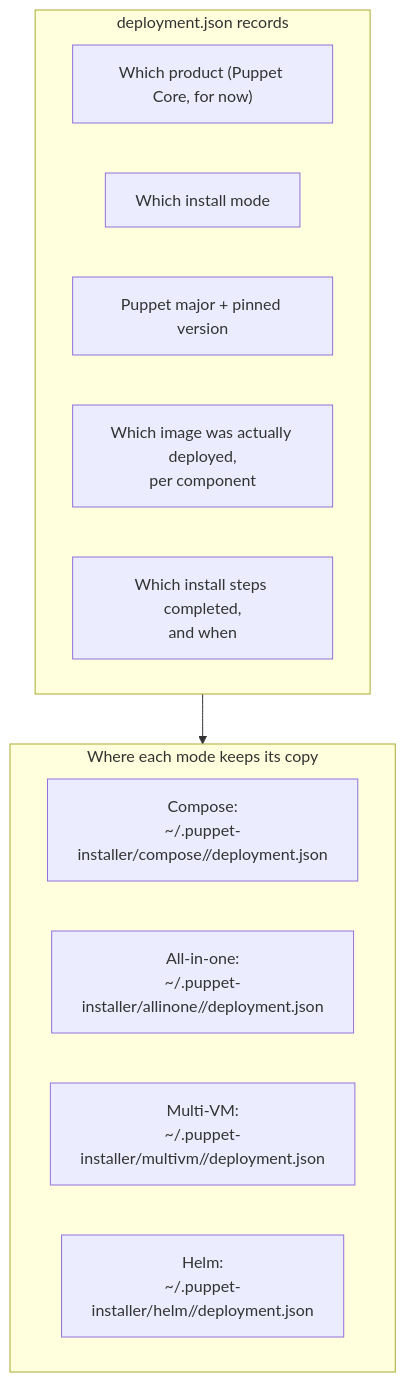
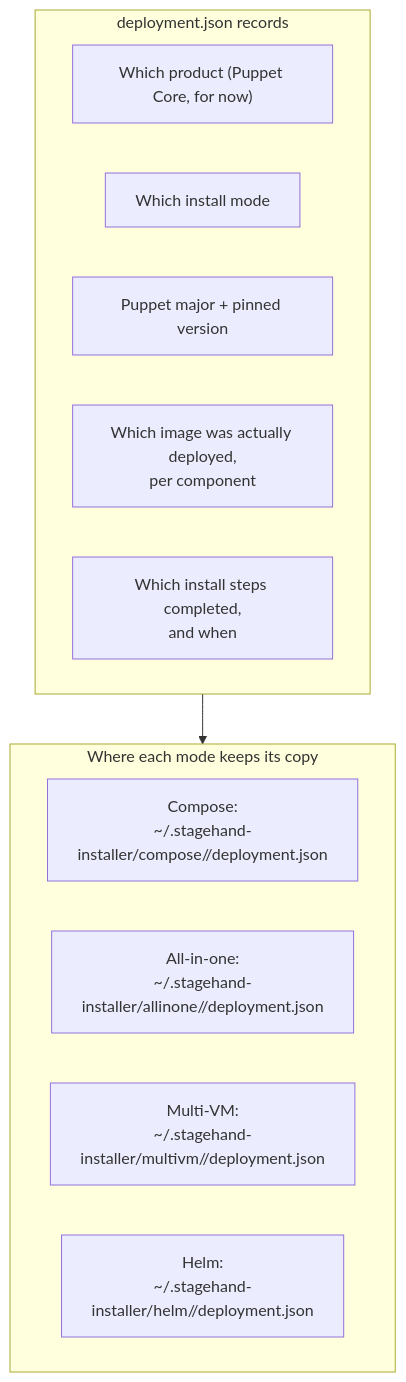
Before and after one commit to puppet-stagehand/stagehand-docs: the fourth of 4 diagrams in src/content/docs/installer-registry-distribution.md, drawn with Mermaid. The commit also changed other lines of this file and 3 other files, not shown here.

````diff
--- a/src/content/docs/installer-registry-distribution.md
+++ b/src/content/docs/installer-registry-distribution.md
@@ -154,19 +154,19 @@
 ```mermaid
 flowchart TD
     subgraph record["deployment.json records"]
         R1["Which product (Puppet Core, for now)"]
         R2["Which install mode"]
         R3["Puppet major + pinned version"]
         R4["Which image was actually deployed,\nper component"]
         R5["Which install steps completed,\nand when"]
     end
 
     subgraph where["Where each mode keeps its copy"]
-        W1["Compose:\n~/.puppet-installer/compose/<project>/deployment.json"]
-        W2["All-in-one:\n~/.puppet-installer/allinone/<target>/deployment.json"]
-        W3["Multi-VM:\n~/.puppet-installer/multivm/<primary-target>/deployment.json"]
-        W4["Helm:\n~/.puppet-installer/helm/<namespace-release>/deployment.json"]
+        W1["Compose:\n~/.stagehand-installer/compose/<project>/deployment.json"]
+        W2["All-in-one:\n~/.stagehand-installer/allinone/<target>/deployment.json"]
+        W3["Multi-VM:\n~/.stagehand-installer/multivm/<primary-target>/deployment.json"]
+        W4["Helm:\n~/.stagehand-installer/helm/<namespace-release>/deployment.json"]
     end
 
     record --> where
 ```
````
